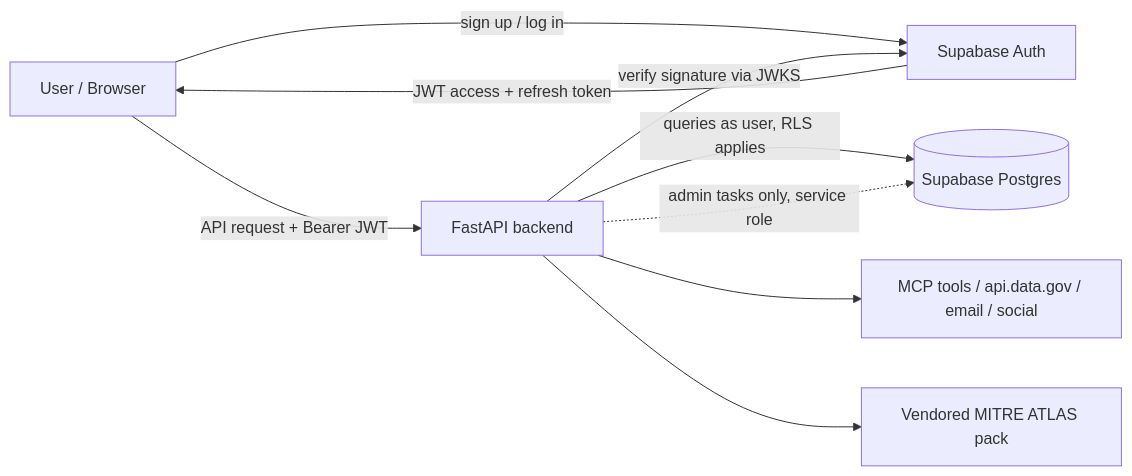
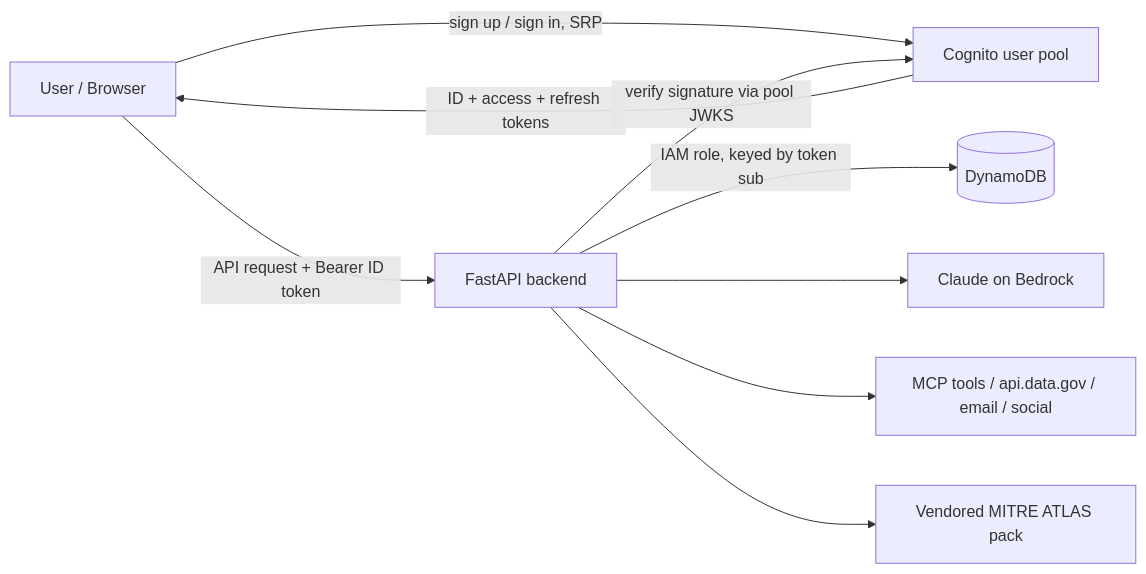
One commit to PatPrograming/HomeFront changed the first of 2 diagrams in docs/ARCHITECTURE.md. Above: the diagram before and after it, drawn with Mermaid. The commit also changed other lines of this file and 37 other files, not shown here.

Commit message:
Update to dynamo and cognito

````diff
--- a/docs/ARCHITECTURE.md
+++ b/docs/ARCHITECTURE.md
@@ -30,11 +32,11 @@
 ```mermaid
 flowchart LR
-    U[User / Browser] -->|sign up / log in| SA[Supabase Auth]
-    SA -->|JWT access + refresh token| U
-    U -->|API request + Bearer JWT| API[FastAPI backend]
-    API -->|verify signature via JWKS| SA
-    API -->|queries as user, RLS applies| DB[(Supabase Postgres)]
-    API -.->|admin tasks only, service role| DB
+    U[User / Browser] -->|sign up / sign in, SRP| C[Cognito user pool]
+    C -->|ID + access + refresh tokens| U
+    U -->|API request + Bearer ID token| API[FastAPI backend]
+    API -->|verify signature via pool JWKS| C
+    API -->|IAM role, keyed by token sub| DB[(DynamoDB)]
+    API --> BR[Claude on Bedrock]
     API --> EXT[MCP tools / api.data.gov / email / social]
     API --> ATLAS[Vendored MITRE ATLAS pack]
 ```
````
